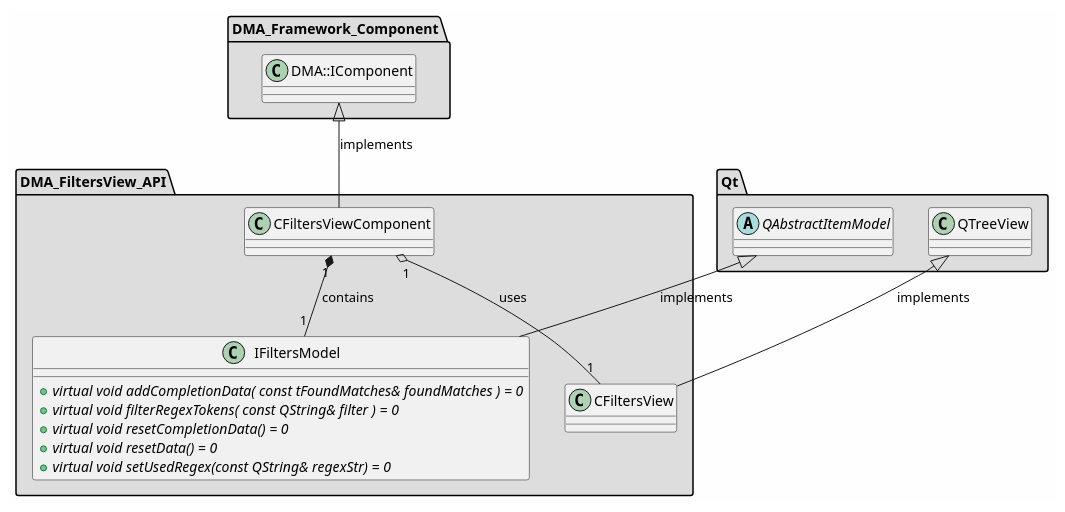
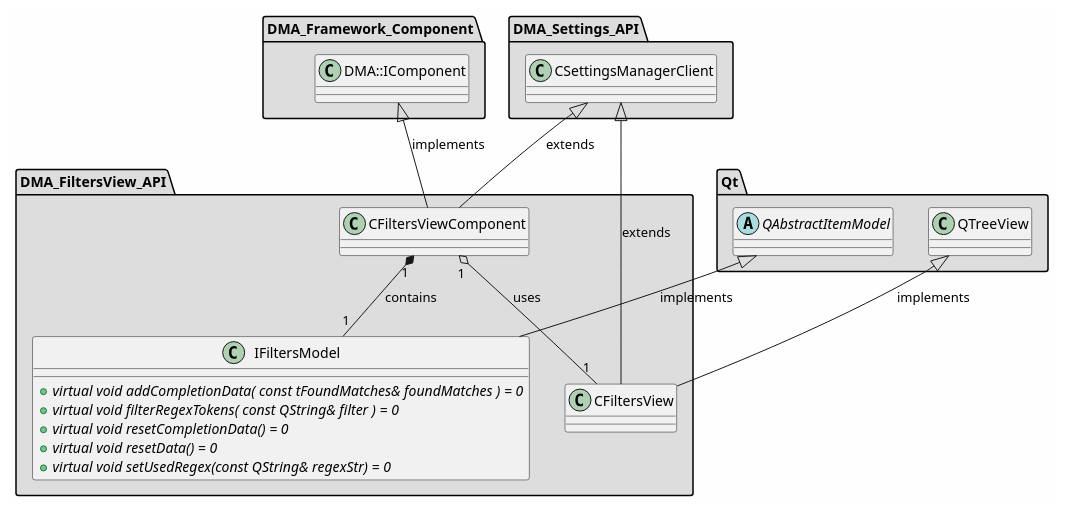
One commit to svlad-90/DLT-Message-Analyzer changed the diagram in md/dev_docs/puml/DMA_FiltersView_API_standalone.puml. Above: the diagram before and after it, drawn with PlantUML. The commit also changed 129 other files, not shown here.

First line of the commit message:
[ISSUE #111][COMPONENTS] Introduce components architecture in the project

```diff
--- a/md/dev_docs/puml/DMA_FiltersView_API_standalone.puml
+++ b/md/dev_docs/puml/DMA_FiltersView_API_standalone.puml
@@ -2,58 +2,69 @@
 @startuml
 
 skinparam backgroundColor #FEFEFE
 skinparam wrapWidth 600
 package "DMA_FiltersView_API" #DDDDDD
 {
 
 class "CFiltersView"
 {
 }
 
 class "CFiltersViewComponent"
 {
 }
 
 class "IFiltersModel"
 {
     + {abstract} virtual void addCompletionData( const tFoundMatches& foundMatches ) = 0
     + {abstract} virtual void filterRegexTokens( const QString& filter ) = 0
     + {abstract} virtual void resetCompletionData() = 0
     + {abstract} virtual void resetData() = 0
     + {abstract} virtual void setUsedRegex(const QString& regexStr) = 0
 }
 
 }
 
 package "DMA_Framework_Component" #DDDDDD
 {
 
 class "DMA::IComponent"
 {
 }
 
 }
 
+package "DMA_Settings_API" #DDDDDD
+{
+
+class "CSettingsManagerClient"
+{
+}
+
+}
+
 package "Qt" #DDDDDD
 {
 
 abstract class "QAbstractItemModel"
 {
 }
 
 class "QTreeView"
 {
 }
 
 }
 
 '====================Inheritance section====================
+CSettingsManagerClient <|-- CFiltersView : extends
 QTreeView <|-- CFiltersView : implements
+CSettingsManagerClient <|-- CFiltersViewComponent : extends
 DMA::IComponent <|-- CFiltersViewComponent : implements
 QAbstractItemModel <|-- IFiltersModel : implements
 
 '====================Dependencies section====================
 CFiltersViewComponent "1" o-- "1" CFiltersView : uses
 CFiltersViewComponent "1" *-- "1" IFiltersModel : contains
 
 @enduml
```
